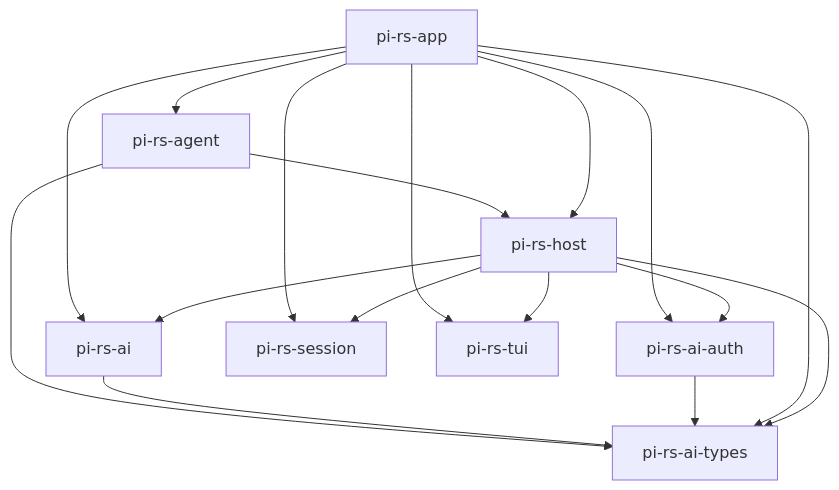
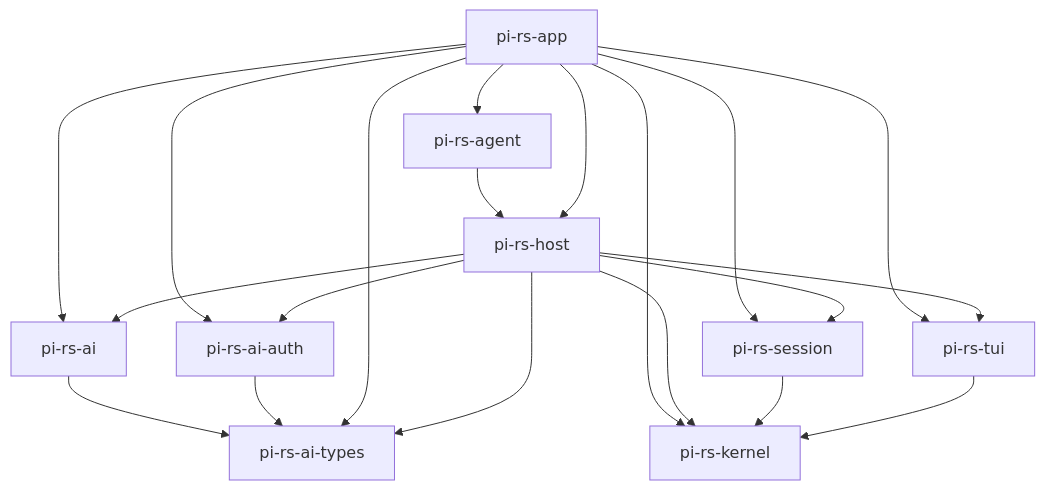
The diagram in ARCHITECTURE.md (y0usaf/pi-rs), drawn with Mermaid before and after one commit. The commit also changed other lines of this file and 70 other files, not shown here.

````diff
--- a/ARCHITECTURE.md
+++ b/ARCHITECTURE.md
@@ -14,19 +14,22 @@
 ```mermaid
 graph TD
-  pi_rs_agent["pi-rs-agent"] --> pi_rs_ai_types["pi-rs-ai-types"]
   pi_rs_agent["pi-rs-agent"] --> pi_rs_host["pi-rs-host"]
   pi_rs_ai["pi-rs-ai"] --> pi_rs_ai_types["pi-rs-ai-types"]
   pi_rs_ai_auth["pi-rs-ai-auth"] --> pi_rs_ai_types["pi-rs-ai-types"]
   pi_rs_app["pi-rs-app"] --> pi_rs_agent["pi-rs-agent"]
   pi_rs_app["pi-rs-app"] --> pi_rs_ai["pi-rs-ai"]
   pi_rs_app["pi-rs-app"] --> pi_rs_ai_auth["pi-rs-ai-auth"]
   pi_rs_app["pi-rs-app"] --> pi_rs_ai_types["pi-rs-ai-types"]
   pi_rs_app["pi-rs-app"] --> pi_rs_host["pi-rs-host"]
+  pi_rs_app["pi-rs-app"] --> pi_rs_kernel["pi-rs-kernel"]
   pi_rs_app["pi-rs-app"] --> pi_rs_session["pi-rs-session"]
   pi_rs_app["pi-rs-app"] --> pi_rs_tui["pi-rs-tui"]
   pi_rs_host["pi-rs-host"] --> pi_rs_ai["pi-rs-ai"]
   pi_rs_host["pi-rs-host"] --> pi_rs_ai_auth["pi-rs-ai-auth"]
   pi_rs_host["pi-rs-host"] --> pi_rs_ai_types["pi-rs-ai-types"]
+  pi_rs_host["pi-rs-host"] --> pi_rs_kernel["pi-rs-kernel"]
   pi_rs_host["pi-rs-host"] --> pi_rs_session["pi-rs-session"]
   pi_rs_host["pi-rs-host"] --> pi_rs_tui["pi-rs-tui"]
+  pi_rs_session["pi-rs-session"] --> pi_rs_kernel["pi-rs-kernel"]
+  pi_rs_tui["pi-rs-tui"] --> pi_rs_kernel["pi-rs-kernel"]
 ```
````
